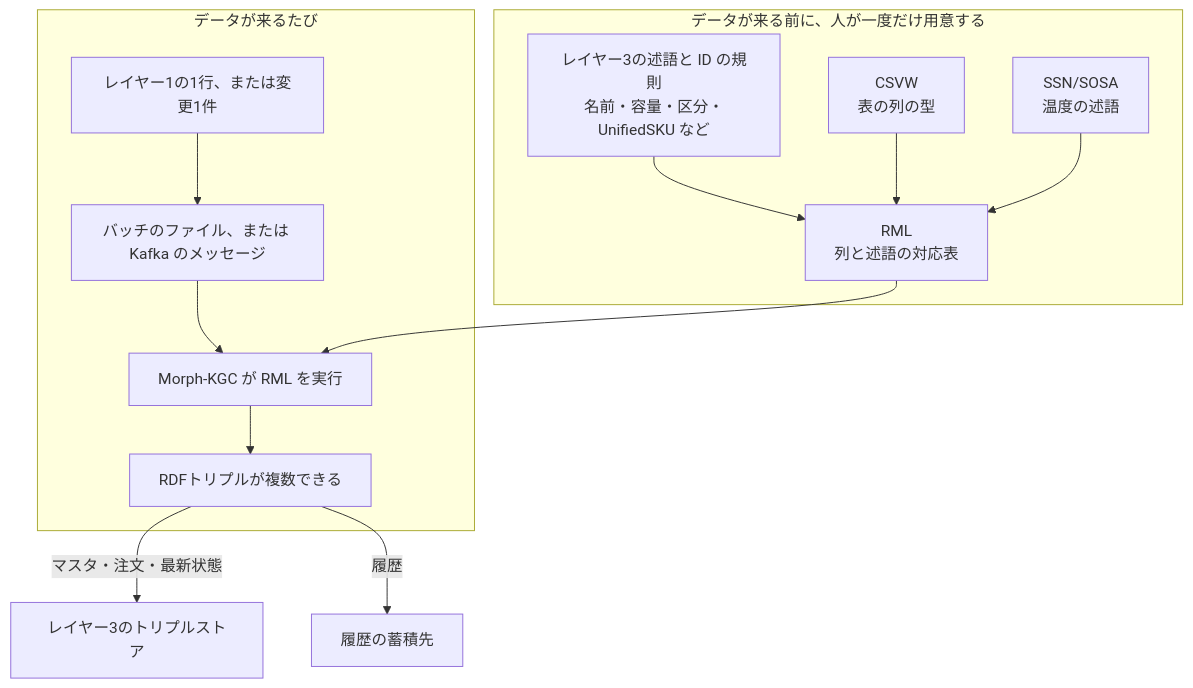
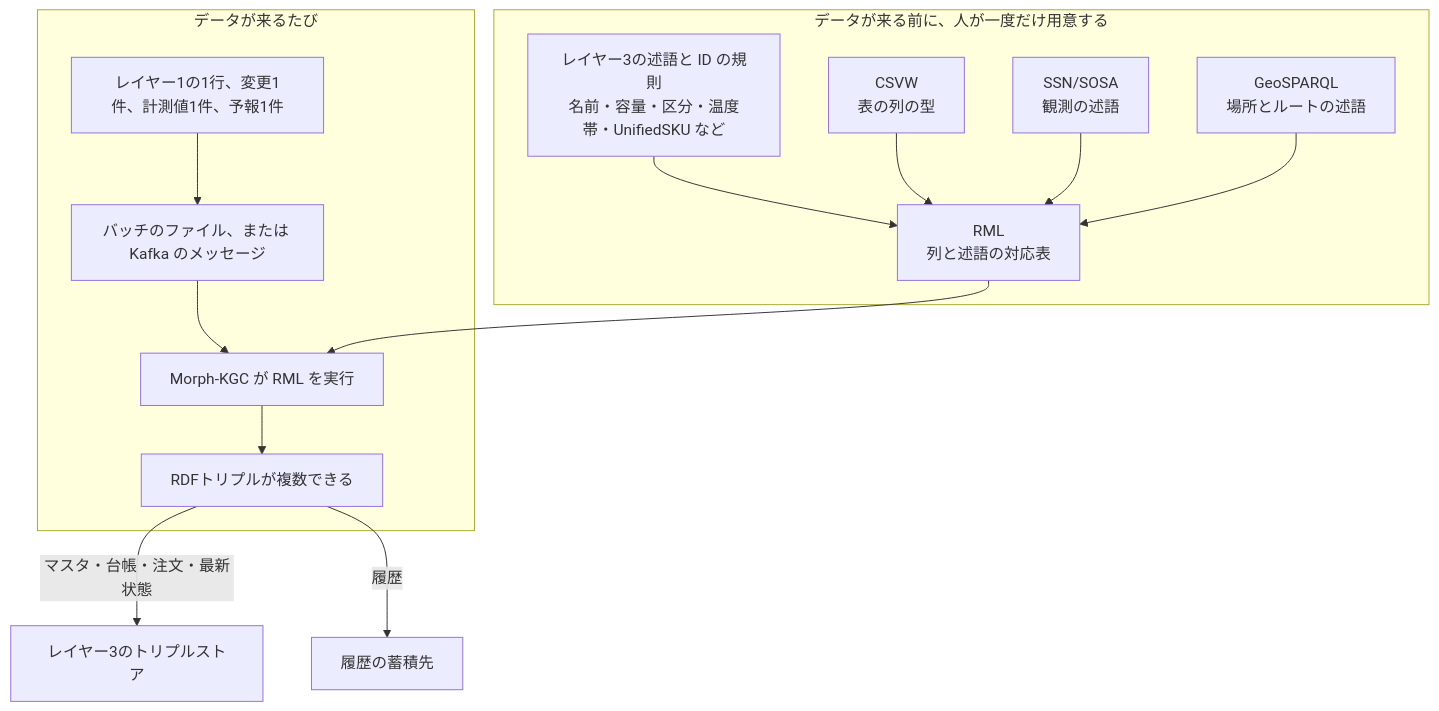
Before and after one commit to nit-kl/Ontology_Study: the diagram in docs/layer-2.md, drawn with Mermaid. The commit also changed other lines of this file and 10 other files, not shown here.

````diff
--- a/docs/layer-2.md
+++ b/docs/layer-2.md
@@ -23,25 +23,27 @@
 ```mermaid
 flowchart TB
     subgraph before["データが来る前に、人が一度だけ用意する"]
-        ONT["レイヤー3の述語と ID の規則<br/>名前・容量・区分・UnifiedSKU など"]
+        ONT["レイヤー3の述語と ID の規則<br/>名前・容量・区分・温度帯・UnifiedSKU など"]
         CSVW["CSVW<br/>表の列の型"]
-        VOCAB["SSN/SOSA<br/>温度の述語"]
+        VOCAB["SSN/SOSA<br/>観測の述語"]
+        GEO["GeoSPARQL<br/>場所とルートの述語"]
         RML["RML<br/>列と述語の対応表"]
     end
     subgraph each["データが来るたび"]
-        SRC["レイヤー1の1行、または変更1件"]
+        SRC["レイヤー1の1行、変更1件、計測値1件、予報1件"]
         PIPE["バッチのファイル、または Kafka のメッセージ"]
         RUN["Morph-KGC が RML を実行"]
         OUT["RDFトリプルが複数できる"]
     end
     STORE["レイヤー3のトリプルストア"]
     LAKE["履歴の蓄積先"]
     ONT --> RML
     CSVW --> RML
     VOCAB --> RML
+    GEO --> RML
     SRC --> PIPE --> RUN
     RML --> RUN
     RUN --> OUT
-    OUT -->|"マスタ・注文・最新状態"| STORE
+    OUT -->|"マスタ・台帳・注文・最新状態"| STORE
     OUT -->|"履歴"| LAKE
 ```
````
